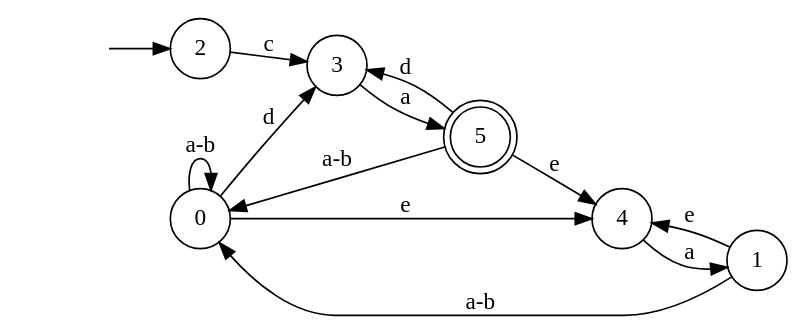
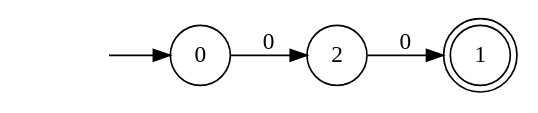
The diagram in dotfiles/DFA5.dot (Faymiaouent/Automa4U), drawn with Graphviz before and after one commit. The commit also changed 42 other files, not shown here.

```diff
--- a/dotfiles/DFA5.dot
+++ b/dotfiles/DFA5.dot
@@ -1,22 +1,10 @@
 digraph Automaton {
   rankdir = LR;
 node [shape=circle];
-  0 -> 3 [label="d"];
-  0 -> 0 [label="a-b"];
-  0 -> 4 [label="e"];
+  initial [shape=plaintext,label=""];
+  initial -> 0
+  0 -> 2 [label="0"];
+1 [shape=doublecircle]; 
 node [shape=circle];
-  1 -> 0 [label="a-b"];
-  1 -> 4 [label="e"];
-node [shape=circle];
-  initial [shape=plaintext,label=""];
-  initial -> 2
-  2 -> 3 [label="c"];
-node [shape=circle];
-  3 -> 5 [label="a"];
-node [shape=circle];
-  4 -> 1 [label="a"];
-5 [shape=doublecircle]; 
-  5 -> 3 [label="d"];
-  5 -> 0 [label="a-b"];
-  5 -> 4 [label="e"];
+  2 -> 1 [label="0"];
 }
```
